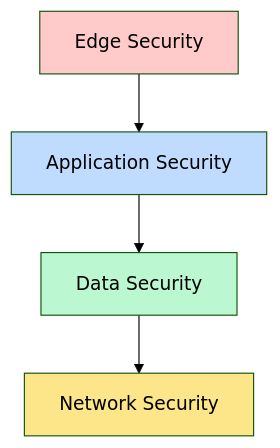
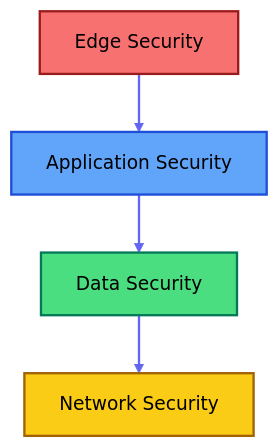
One commit to Harry100KR/WebRTC changed the second of 2 diagrams in README.md. Above: the diagram before and after it, drawn with Mermaid (forest theme). The commit also changed other lines of this file, not shown here.

Commit message:
style: Enhance architecture diagrams with improved colors and visibility

````diff
--- a/README.md
+++ b/README.md
@@ -143,10 +145,11 @@
 ```mermaid
 graph TD
     A[Edge Security] --> B[Application Security]
     B --> C[Data Security]
     C --> D[Network Security]
-    style A fill:#fecaca
-    style B fill:#bfdbfe
-    style C fill:#bbf7d0
-    style D fill:#fde68a
+    style A fill:#f87171,stroke:#991b1b,stroke-width:2px
+    style B fill:#60a5fa,stroke:#1d4ed8,stroke-width:2px
+    style C fill:#4ade80,stroke:#047857,stroke-width:2px
+    style D fill:#facc15,stroke:#a16207,stroke-width:2px
+    linkStyle 0,1,2 stroke:#6366f1,stroke-width:2px
 ```
````
